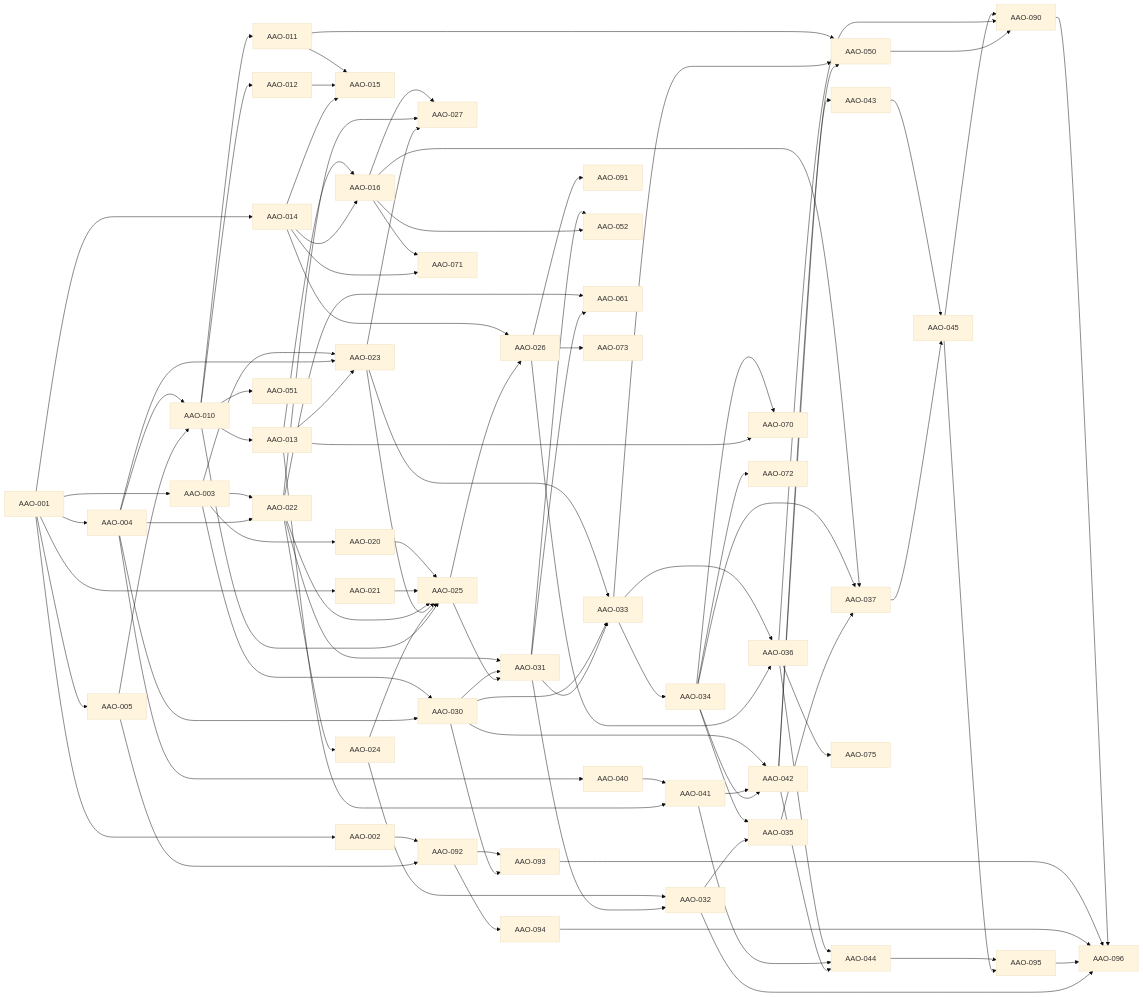
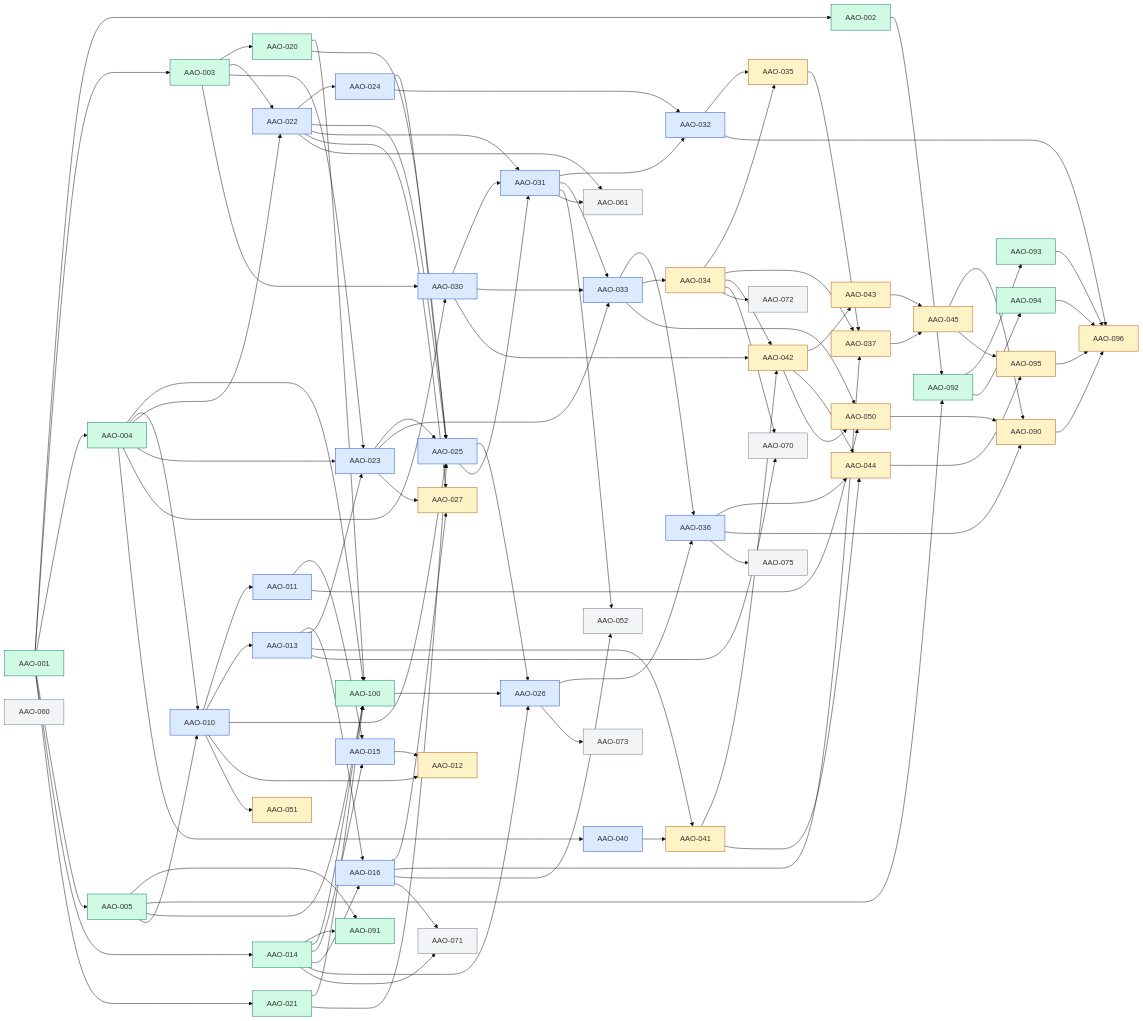
The diagram in docs/ENGINEERING_BACKLOG.md (nhattruong0204/affiliate-all-in-one), drawn with Mermaid (base theme) before and after one commit. The commit also changed other lines of this file and 13 other files, not shown here.

````diff
--- a/docs/ENGINEERING_BACKLOG.md
+++ b/docs/ENGINEERING_BACKLOG.md
@@ -21,98 +20,160 @@
 ```mermaid
 flowchart LR
-    AAO001[AAO-001] --> AAO002[AAO-002]
-    AAO001[AAO-001] --> AAO003[AAO-003]
-    AAO001[AAO-001] --> AAO004[AAO-004]
-    AAO001[AAO-001] --> AAO005[AAO-005]
-    AAO004[AAO-004] --> AAO010[AAO-010]
-    AAO005[AAO-005] --> AAO010[AAO-010]
-    AAO010[AAO-010] --> AAO011[AAO-011]
-    AAO010[AAO-010] --> AAO012[AAO-012]
-    AAO010[AAO-010] --> AAO013[AAO-013]
-    AAO001[AAO-001] --> AAO014[AAO-014]
-    AAO011[AAO-011] --> AAO015[AAO-015]
-    AAO012[AAO-012] --> AAO015[AAO-015]
-    AAO014[AAO-014] --> AAO015[AAO-015]
-    AAO013[AAO-013] --> AAO016[AAO-016]
-    AAO014[AAO-014] --> AAO016[AAO-016]
-    AAO003[AAO-003] --> AAO020[AAO-020]
-    AAO001[AAO-001] --> AAO021[AAO-021]
-    AAO003[AAO-003] --> AAO022[AAO-022]
-    AAO004[AAO-004] --> AAO022[AAO-022]
-    AAO003[AAO-003] --> AAO023[AAO-023]
-    AAO004[AAO-004] --> AAO023[AAO-023]
-    AAO013[AAO-013] --> AAO023[AAO-023]
-    AAO022[AAO-022] --> AAO024[AAO-024]
-    AAO020[AAO-020] --> AAO025[AAO-025]
-    AAO021[AAO-021] --> AAO025[AAO-025]
-    AAO022[AAO-022] --> AAO025[AAO-025]
-    AAO023[AAO-023] --> AAO025[AAO-025]
-    AAO024[AAO-024] --> AAO025[AAO-025]
-    AAO010[AAO-010] --> AAO025[AAO-025]
-    AAO014[AAO-014] --> AAO026[AAO-026]
-    AAO025[AAO-025] --> AAO026[AAO-026]
-    AAO016[AAO-016] --> AAO027[AAO-027]
-    AAO022[AAO-022] --> AAO027[AAO-027]
-    AAO023[AAO-023] --> AAO027[AAO-027]
-    AAO003[AAO-003] --> AAO030[AAO-030]
-    AAO004[AAO-004] --> AAO030[AAO-030]
-    AAO022[AAO-022] --> AAO031[AAO-031]
-    AAO030[AAO-030] --> AAO031[AAO-031]
-    AAO025[AAO-025] --> AAO031[AAO-031]
-    AAO024[AAO-024] --> AAO032[AAO-032]
-    AAO031[AAO-031] --> AAO032[AAO-032]
-    AAO023[AAO-023] --> AAO033[AAO-033]
-    AAO030[AAO-030] --> AAO033[AAO-033]
-    AAO031[AAO-031] --> AAO033[AAO-033]
-    AAO033[AAO-033] --> AAO034[AAO-034]
-    AAO034[AAO-034] --> AAO035[AAO-035]
-    AAO032[AAO-032] --> AAO035[AAO-035]
-    AAO033[AAO-033] --> AAO036[AAO-036]
-    AAO026[AAO-026] --> AAO036[AAO-036]
-    AAO016[AAO-016] --> AAO037[AAO-037]
-    AAO034[AAO-034] --> AAO037[AAO-037]
-    AAO035[AAO-035] --> AAO037[AAO-037]
-    AAO004[AAO-004] --> AAO040[AAO-040]
-    AAO040[AAO-040] --> AAO041[AAO-041]
-    AAO013[AAO-013] --> AAO041[AAO-041]
-    AAO030[AAO-030] --> AAO042[AAO-042]
-    AAO041[AAO-041] --> AAO042[AAO-042]
-    AAO034[AAO-034] --> AAO042[AAO-042]
-    AAO042[AAO-042] --> AAO043[AAO-043]
-    AAO036[AAO-036] --> AAO044[AAO-044]
-    AAO041[AAO-041] --> AAO044[AAO-044]
-    AAO042[AAO-042] --> AAO044[AAO-044]
-    AAO043[AAO-043] --> AAO045[AAO-045]
-    AAO037[AAO-037] --> AAO045[AAO-045]
-    AAO011[AAO-011] --> AAO050[AAO-050]
-    AAO033[AAO-033] --> AAO050[AAO-050]
-    AAO042[AAO-042] --> AAO050[AAO-050]
-    AAO010[AAO-010] --> AAO051[AAO-051]
-    AAO045[AAO-045] --> AAO090[AAO-090]
-    AAO036[AAO-036] --> AAO090[AAO-090]
-    AAO050[AAO-050] --> AAO090[AAO-090]
-    AAO026[AAO-026] --> AAO091[AAO-091]
-    AAO002[AAO-002] --> AAO092[AAO-092]
-    AAO005[AAO-005] --> AAO092[AAO-092]
-    AAO092[AAO-092] --> AAO093[AAO-093]
-    AAO030[AAO-030] --> AAO093[AAO-093]
-    AAO092[AAO-092] --> AAO094[AAO-094]
-    AAO044[AAO-044] --> AAO095[AAO-095]
-    AAO045[AAO-045] --> AAO095[AAO-095]
-    AAO090[AAO-090] --> AAO096[AAO-096]
-    AAO093[AAO-093] --> AAO096[AAO-096]
-    AAO094[AAO-094] --> AAO096[AAO-096]
-    AAO095[AAO-095] --> AAO096[AAO-096]
-    AAO032[AAO-032] --> AAO096[AAO-096]
-    AAO031[AAO-031] --> AAO052[AAO-052]
-    AAO016[AAO-016] --> AAO052[AAO-052]
-    AAO022[AAO-022] --> AAO061[AAO-061]
-    AAO031[AAO-031] --> AAO061[AAO-061]
-    AAO034[AAO-034] --> AAO070[AAO-070]
-    AAO013[AAO-013] --> AAO070[AAO-070]
-    AAO016[AAO-016] --> AAO071[AAO-071]
-    AAO014[AAO-014] --> AAO071[AAO-071]
-    AAO034[AAO-034] --> AAO072[AAO-072]
-    AAO026[AAO-026] --> AAO073[AAO-073]
-    AAO036[AAO-036] --> AAO075[AAO-075]
+    AAO001["AAO-001"]:::v01
+    AAO002["AAO-002"]:::v01
+    AAO003["AAO-003"]:::v01
+    AAO004["AAO-004"]:::v01
+    AAO005["AAO-005"]:::v01
+    AAO014["AAO-014"]:::v01
+    AAO020["AAO-020"]:::v01
+    AAO021["AAO-021"]:::v01
+    AAO091["AAO-091"]:::v01
+    AAO092["AAO-092"]:::v01
+    AAO093["AAO-093"]:::v01
+    AAO094["AAO-094"]:::v01
+    AAO100["AAO-100"]:::v01
+    AAO010["AAO-010"]:::v05
+    AAO011["AAO-011"]:::v05
+    AAO013["AAO-013"]:::v05
+    AAO015["AAO-015"]:::v05
+    AAO016["AAO-016"]:::v05
+    AAO022["AAO-022"]:::v05
+    AAO023["AAO-023"]:::v05
+    AAO024["AAO-024"]:::v05
+    AAO025["AAO-025"]:::v05
+    AAO026["AAO-026"]:::v05
+    AAO030["AAO-030"]:::v05
+    AAO031["AAO-031"]:::v05
+    AAO032["AAO-032"]:::v05
+    AAO033["AAO-033"]:::v05
+    AAO036["AAO-036"]:::v05
+    AAO040["AAO-040"]:::v05
+    AAO012["AAO-012"]:::v10
+    AAO027["AAO-027"]:::v10
+    AAO034["AAO-034"]:::v10
+    AAO035["AAO-035"]:::v10
+    AAO037["AAO-037"]:::v10
+    AAO041["AAO-041"]:::v10
+    AAO042["AAO-042"]:::v10
+    AAO043["AAO-043"]:::v10
+    AAO044["AAO-044"]:::v10
+    AAO045["AAO-045"]:::v10
+    AAO050["AAO-050"]:::v10
+    AAO051["AAO-051"]:::v10
+    AAO090["AAO-090"]:::v10
+    AAO095["AAO-095"]:::v10
+    AAO096["AAO-096"]:::v10
+    AAO052["AAO-052"]:::v1x
+    AAO060["AAO-060"]:::v1x
+    AAO061["AAO-061"]:::v1x
+    AAO070["AAO-070"]:::v1x
+    AAO071["AAO-071"]:::v1x
+    AAO072["AAO-072"]:::v1x
+    AAO073["AAO-073"]:::v1x
+    AAO075["AAO-075"]:::v1x
+    AAO001 --> AAO002
+    AAO001 --> AAO003
+    AAO001 --> AAO004
+    AAO001 --> AAO005
+    AAO001 --> AAO014
+    AAO003 --> AAO020
+    AAO001 --> AAO021
+    AAO005 --> AAO091
+    AAO014 --> AAO091
+    AAO002 --> AAO092
+    AAO005 --> AAO092
+    AAO092 --> AAO093
+    AAO092 --> AAO094
+    AAO004 --> AAO100
+    AAO005 --> AAO100
+    AAO014 --> AAO100
+    AAO020 --> AAO100
+    AAO021 --> AAO100
+    AAO004 --> AAO010
+    AAO005 --> AAO010
+    AAO010 --> AAO011
+    AAO010 --> AAO013
+    AAO011 --> AAO015
+    AAO014 --> AAO015
+    AAO013 --> AAO016
+    AAO014 --> AAO016
+    AAO003 --> AAO022
+    AAO004 --> AAO022
+    AAO003 --> AAO023
+    AAO004 --> AAO023
+    AAO013 --> AAO023
+    AAO022 --> AAO024
+    AAO020 --> AAO025
+    AAO021 --> AAO025
+    AAO022 --> AAO025
+    AAO023 --> AAO025
+    AAO024 --> AAO025
+    AAO010 --> AAO025
+    AAO014 --> AAO026
+    AAO025 --> AAO026
+    AAO100 --> AAO026
+    AAO003 --> AAO030
+    AAO004 --> AAO030
+    AAO022 --> AAO031
+    AAO030 --> AAO031
+    AAO025 --> AAO031
+    AAO024 --> AAO032
+    AAO031 --> AAO032
+    AAO023 --> AAO033
+    AAO030 --> AAO033
+    AAO031 --> AAO033
+    AAO033 --> AAO036
+    AAO026 --> AAO036
+    AAO004 --> AAO040
+    AAO010 --> AAO012
+    AAO015 --> AAO012
+    AAO016 --> AAO027
+    AAO022 --> AAO027
+    AAO023 --> AAO027
+    AAO033 --> AAO034
+    AAO034 --> AAO035
+    AAO032 --> AAO035
+    AAO016 --> AAO037
+    AAO034 --> AAO037
+    AAO035 --> AAO037
+    AAO040 --> AAO041
+    AAO013 --> AAO041
+    AAO030 --> AAO042
+    AAO041 --> AAO042
+    AAO034 --> AAO042
+    AAO042 --> AAO043
+    AAO036 --> AAO044
+    AAO041 --> AAO044
+    AAO042 --> AAO044
+    AAO043 --> AAO045
+    AAO037 --> AAO045
+    AAO011 --> AAO050
+    AAO033 --> AAO050
+    AAO042 --> AAO050
+    AAO010 --> AAO051
+    AAO045 --> AAO090
+    AAO036 --> AAO090
+    AAO050 --> AAO090
+    AAO044 --> AAO095
+    AAO045 --> AAO095
+    AAO090 --> AAO096
+    AAO093 --> AAO096
+    AAO094 --> AAO096
+    AAO095 --> AAO096
+    AAO032 --> AAO096
+    AAO031 --> AAO052
+    AAO016 --> AAO052
+    AAO022 --> AAO061
+    AAO031 --> AAO061
+    AAO034 --> AAO070
+    AAO013 --> AAO070
+    AAO016 --> AAO071
+    AAO014 --> AAO071
+    AAO034 --> AAO072
+    AAO026 --> AAO073
+    AAO036 --> AAO075
+    classDef v01 fill:#d1fae5,stroke:#047857
+    classDef v05 fill:#dbeafe,stroke:#1d4ed8
+    classDef v10 fill:#fef3c7,stroke:#b45309
+    classDef v1x fill:#f3f4f6,stroke:#6b7280
 ```
````
